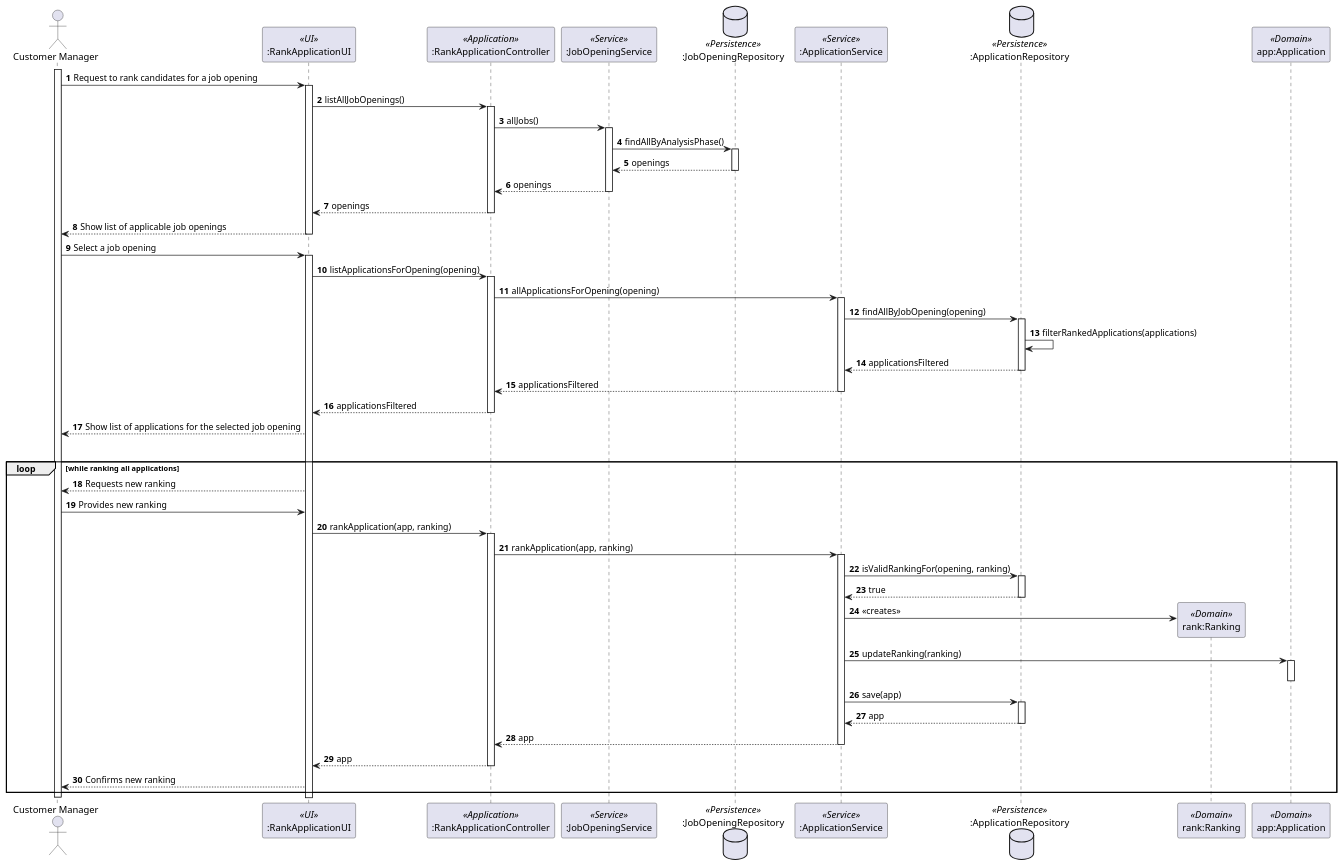
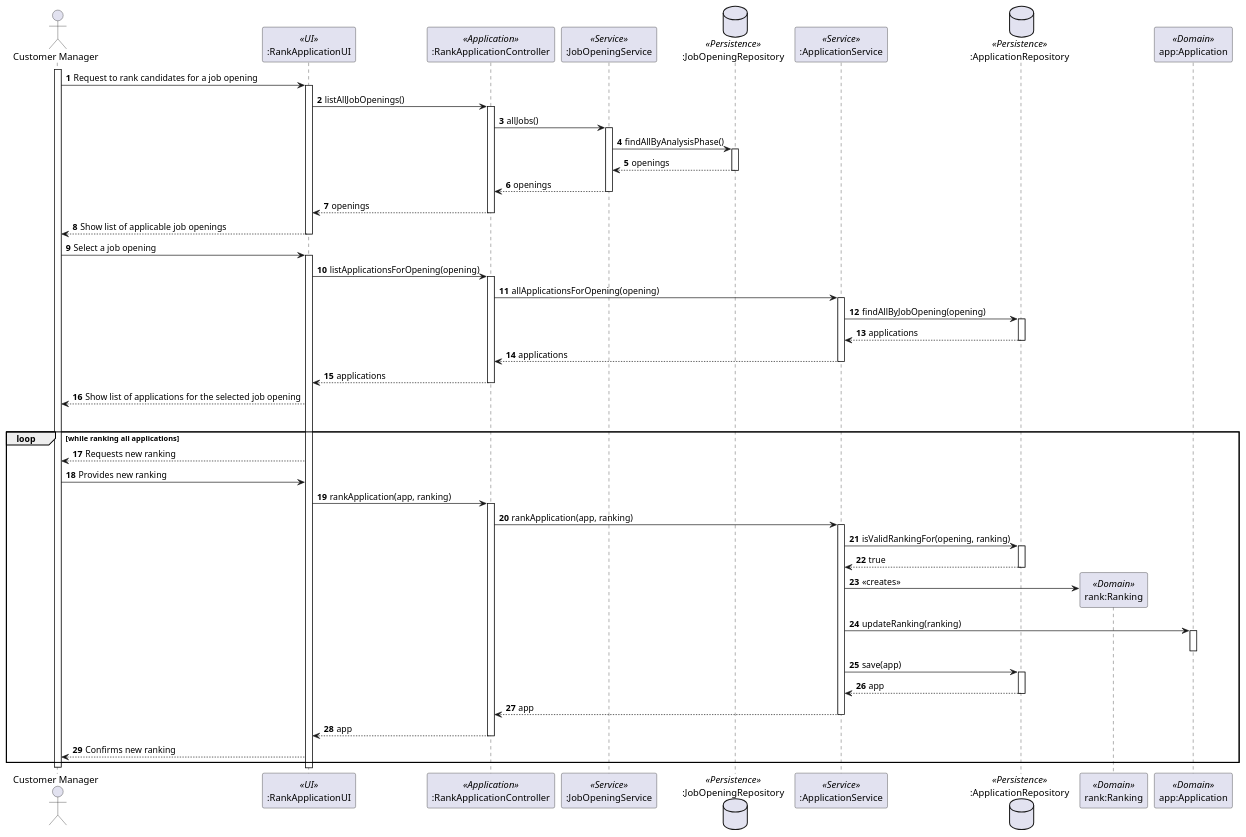
The diagram in docs/sprintC/1013/1013-sequence-diagram.puml (marcoferreira37/Lapr4), drawn with PlantUML before and after one commit. The commit also changed 7 other files, not shown here.

```diff
--- a/docs/sprintC/1013/1013-sequence-diagram.puml
+++ b/docs/sprintC/1013/1013-sequence-diagram.puml
@@ -1,99 +1,98 @@
 @startuml
 
 actor "Customer Manager" as Agent
 participant ":RankApplicationUI" as ui <<UI>>
 participant ":RankApplicationController" as ctrl <<Application>>
 participant ":JobOpeningService" as jobServ <<Service>>
 database ":JobOpeningRepository" as jobRepo <<Persistence>>
 participant ":ApplicationService" as appServ <<Service>>
 database ":ApplicationRepository" as appRepo <<Persistence>>
 participant "rank:Ranking" as rank <<Domain>>
 participant "app:Application" as app <<Domain>>
 
 autonumber
 
 activate Agent
 
 Agent -> ui: Request to rank candidates for a job opening
 activate ui
 ui -> ctrl: listAllJobOpenings()
 activate ctrl
 ctrl -> jobServ: allJobs()
 activate jobServ
 jobServ -> jobRepo: findAllByAnalysisPhase()
 activate jobRepo
 jobRepo --> jobServ: openings
 deactivate
 jobServ --> ctrl: openings
 deactivate
 ctrl --> ui: openings
 deactivate
 ui --> Agent: Show list of applicable job openings
 deactivate
 Agent -> ui : Select a job opening
 activate ui
 
 
 
 ui -> ctrl: listApplicationsForOpening(opening)
 
 activate ctrl
 
 ctrl -> appServ: allApplicationsForOpening(opening)
 
 
 
 
 activate appServ
 appServ -> appRepo: findAllByJobOpening(opening)
 activate appRepo
-appRepo -> appRepo : filterRankedApplications(applications)
-appRepo --> appServ: applicationsFiltered
+appRepo --> appServ: applications
 deactivate
 
-appServ --> ctrl: applicationsFiltered
+appServ --> ctrl: applications
 deactivate
 
-ctrl --> ui: applicationsFiltered
+ctrl --> ui: applications
 deactivate
 
 ui --> Agent : Show list of applications for the selected job opening
 alt User wants to re-rank an application
 loop while ranking all applications
 
 ui --> Agent : Requests new ranking
 
 Agent -> ui : Provides new ranking
 ui -> ctrl : rankApplication(app, ranking)
 
 activate ctrl
 ctrl -> appServ : rankApplication(app, ranking)
 
 activate appServ
 appServ -> appRepo : isValidRankingFor(opening, ranking)
 activate appRepo
 appRepo --> appServ : true
 deactivate
 appServ -> rank** : «creates»
 appServ -> app : updateRanking(ranking)
 activate app
 deactivate
 
 appServ -> appRepo : save(app)
 activate appRepo
 appRepo --> appServ : app
 deactivate
 appServ --> ctrl : app
 deactivate
 ctrl --> ui : app
 deactivate
 ui --> Agent  : Confirms new ranking
 
 
 end loop
 
 deactivate Agent
 
 
 
 @enduml
```
